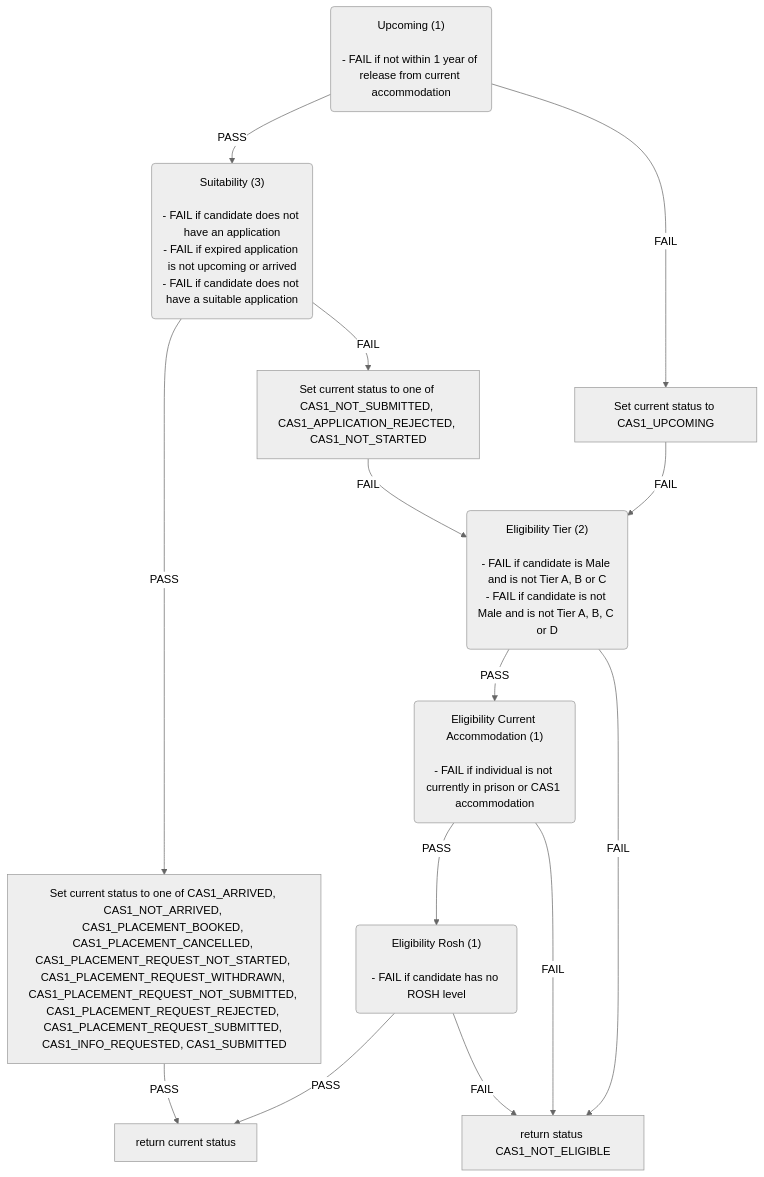
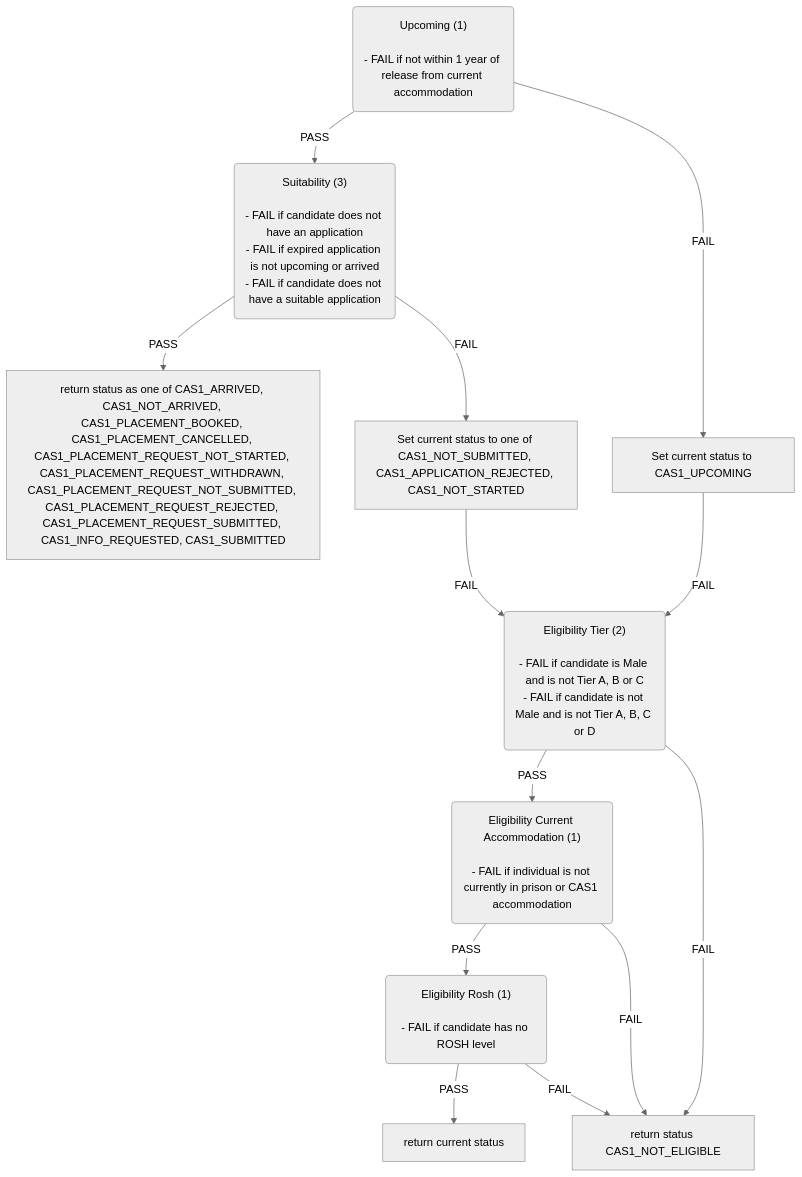
Before and after one commit to ministryofjustice/hmpps-single-accommodation-service-api: the first of 6 diagrams in docs/eligibility-rules-graph.md, drawn with Mermaid (neutral theme). The commit also changed other lines of this file and 30 other files, not shown here.

````diff
--- a/docs/eligibility-rules-graph.md
+++ b/docs/eligibility-rules-graph.md
@@ -9,39 +9,38 @@
 ```mermaid
 flowchart TD
   Upcoming("Upcoming (1)
 
 - FAIL if not within 1 year of release from current accommodation")
   Suitability("Suitability (3)
 
 - FAIL if candidate does not have an application
 - FAIL if expired application is not upcoming or arrived
 - FAIL if candidate does not have a suitable application")
-  Set_current_status_to_one_of_CAS1_ARRIVED__CAS1_NOT_ARRIVED__CAS1_PLACEMENT_BOOKED__CAS1_PLACEMENT_CANCELLED__CAS1_PLACEMENT_REQUEST_NOT_STARTED__CAS1_PLACEMENT_REQUEST_WITHDRAWN__CAS1_PLACEMENT_REQUEST_NOT_SUBMITTED__CAS1_PLACEMENT_REQUEST_REJECTED__CAS1_PLACEMENT_REQUEST_SUBMITTED__CAS1_INFO_REQUESTED__CAS1_SUBMITTED["Set current status to one of CAS1_ARRIVED, CAS1_NOT_ARRIVED, CAS1_PLACEMENT_BOOKED, CAS1_PLACEMENT_CANCELLED, CAS1_PLACEMENT_REQUEST_NOT_STARTED, CAS1_PLACEMENT_REQUEST_WITHDRAWN, CAS1_PLACEMENT_REQUEST_NOT_SUBMITTED, CAS1_PLACEMENT_REQUEST_REJECTED, CAS1_PLACEMENT_REQUEST_SUBMITTED, CAS1_INFO_REQUESTED, CAS1_SUBMITTED"]
-  return_current_status["return current status"]
+  return_status_as_one_of_CAS1_ARRIVED__CAS1_NOT_ARRIVED__CAS1_PLACEMENT_BOOKED__CAS1_PLACEMENT_CANCELLED__CAS1_PLACEMENT_REQUEST_NOT_STARTED__CAS1_PLACEMENT_REQUEST_WITHDRAWN__CAS1_PLACEMENT_REQUEST_NOT_SUBMITTED__CAS1_PLACEMENT_REQUEST_REJECTED__CAS1_PLACEMENT_REQUEST_SUBMITTED__CAS1_INFO_REQUESTED__CAS1_SUBMITTED["return status as one of CAS1_ARRIVED, CAS1_NOT_ARRIVED, CAS1_PLACEMENT_BOOKED, CAS1_PLACEMENT_CANCELLED, CAS1_PLACEMENT_REQUEST_NOT_STARTED, CAS1_PLACEMENT_REQUEST_WITHDRAWN, CAS1_PLACEMENT_REQUEST_NOT_SUBMITTED, CAS1_PLACEMENT_REQUEST_REJECTED, CAS1_PLACEMENT_REQUEST_SUBMITTED, CAS1_INFO_REQUESTED, CAS1_SUBMITTED"]
   Set_current_status_to_one_of_CAS1_NOT_SUBMITTED__CAS1_APPLICATION_REJECTED__CAS1_NOT_STARTED["Set current status to one of CAS1_NOT_SUBMITTED, CAS1_APPLICATION_REJECTED, CAS1_NOT_STARTED"]
   Eligibility_Tier("Eligibility Tier (2)
 
 - FAIL if candidate is Male and is not Tier A, B or C
 - FAIL if candidate is not Male and is not Tier A, B, C or D")
   Eligibility_Current_Accommodation("Eligibility Current Accommodation (1)
 
 - FAIL if individual is not currently in prison or CAS1 accommodation")
   Eligibility_Rosh("Eligibility Rosh (1)
 
 - FAIL if candidate has no ROSH level")
+  return_current_status["return current status"]
   return_status_CAS1_NOT_ELIGIBLE["return status CAS1_NOT_ELIGIBLE"]
   Set_current_status_to_CAS1_UPCOMING["Set current status to CAS1_UPCOMING"]
-  Suitability -->|PASS| Set_current_status_to_one_of_CAS1_ARRIVED__CAS1_NOT_ARRIVED__CAS1_PLACEMENT_BOOKED__CAS1_PLACEMENT_CANCELLED__CAS1_PLACEMENT_REQUEST_NOT_STARTED__CAS1_PLACEMENT_REQUEST_WITHDRAWN__CAS1_PLACEMENT_REQUEST_NOT_SUBMITTED__CAS1_PLACEMENT_REQUEST_REJECTED__CAS1_PLACEMENT_REQUEST_SUBMITTED__CAS1_INFO_REQUESTED__CAS1_SUBMITTED
-  Set_current_status_to_one_of_CAS1_ARRIVED__CAS1_NOT_ARRIVED__CAS1_PLACEMENT_BOOKED__CAS1_PLACEMENT_CANCELLED__CAS1_PLACEMENT_REQUEST_NOT_STARTED__CAS1_PLACEMENT_REQUEST_WITHDRAWN__CAS1_PLACEMENT_REQUEST_NOT_SUBMITTED__CAS1_PLACEMENT_REQUEST_REJECTED__CAS1_PLACEMENT_REQUEST_SUBMITTED__CAS1_INFO_REQUESTED__CAS1_SUBMITTED -->|PASS| return_current_status
+  Suitability -->|PASS| return_status_as_one_of_CAS1_ARRIVED__CAS1_NOT_ARRIVED__CAS1_PLACEMENT_BOOKED__CAS1_PLACEMENT_CANCELLED__CAS1_PLACEMENT_REQUEST_NOT_STARTED__CAS1_PLACEMENT_REQUEST_WITHDRAWN__CAS1_PLACEMENT_REQUEST_NOT_SUBMITTED__CAS1_PLACEMENT_REQUEST_REJECTED__CAS1_PLACEMENT_REQUEST_SUBMITTED__CAS1_INFO_REQUESTED__CAS1_SUBMITTED
   Suitability -->|FAIL| Set_current_status_to_one_of_CAS1_NOT_SUBMITTED__CAS1_APPLICATION_REJECTED__CAS1_NOT_STARTED
   Eligibility_Rosh -->|PASS| return_current_status
   Eligibility_Rosh -->|FAIL| return_status_CAS1_NOT_ELIGIBLE
   Eligibility_Current_Accommodation -->|PASS| Eligibility_Rosh
   Eligibility_Current_Accommodation -->|FAIL| return_status_CAS1_NOT_ELIGIBLE
   Eligibility_Tier -->|PASS| Eligibility_Current_Accommodation
   Eligibility_Tier -->|FAIL| return_status_CAS1_NOT_ELIGIBLE
   Set_current_status_to_one_of_CAS1_NOT_SUBMITTED__CAS1_APPLICATION_REJECTED__CAS1_NOT_STARTED -->|FAIL| Eligibility_Tier
   Upcoming -->|PASS| Suitability
   Upcoming -->|FAIL| Set_current_status_to_CAS1_UPCOMING
   Set_current_status_to_CAS1_UPCOMING -->|FAIL| Eligibility_Tier
 ```
````
